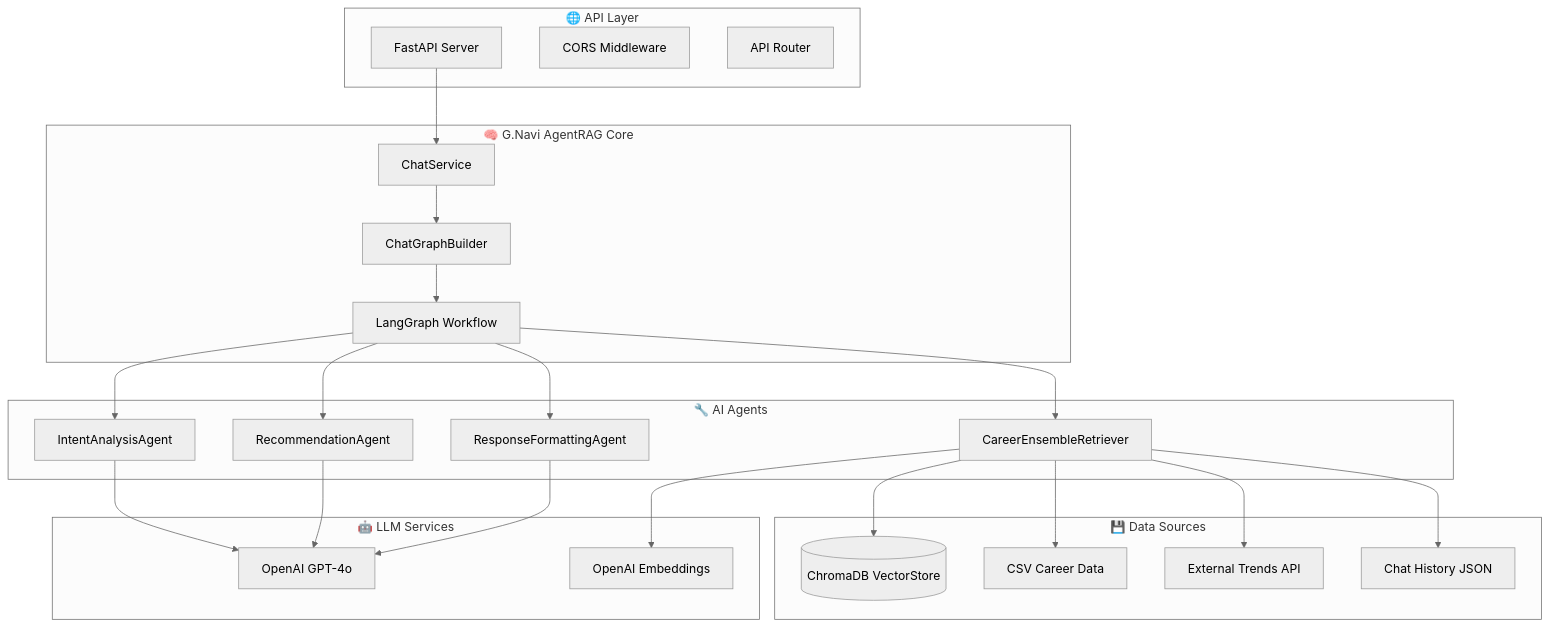
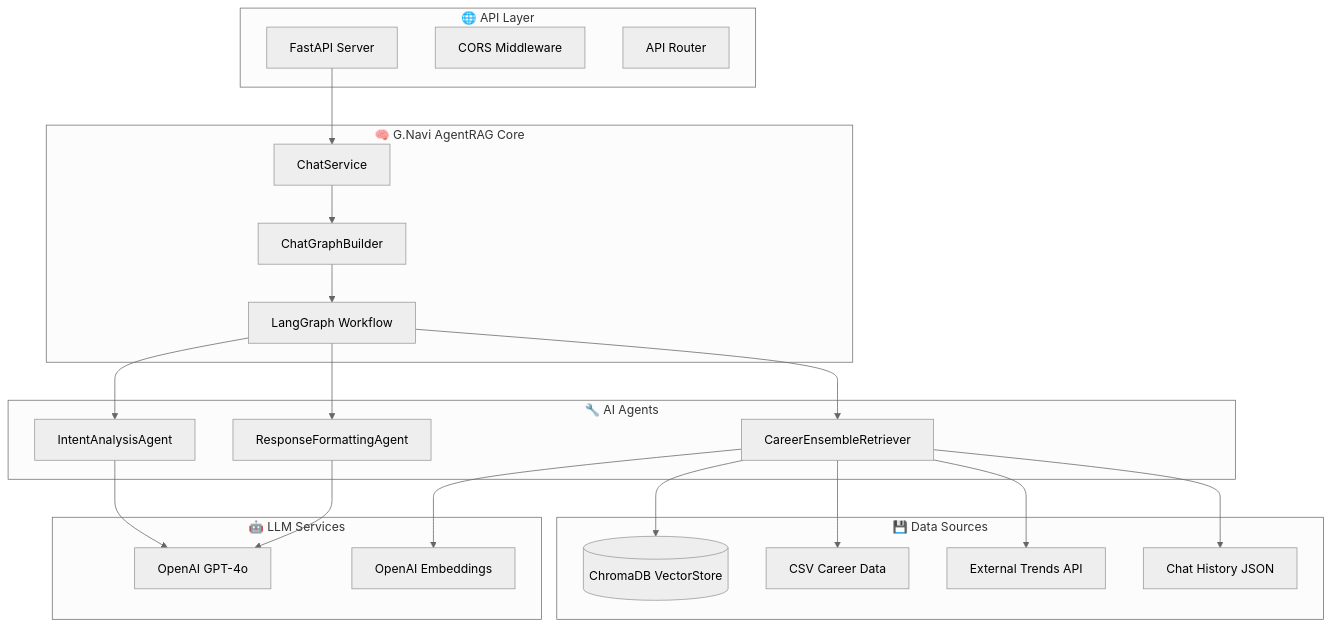
One commit to SK4toB/g-navi-ai-api changed the first of 3 diagrams in README.md. Above: the diagram before and after it, drawn with Mermaid (neutral theme). The commit also changed other lines of this file, not shown here.

````diff
--- a/README.md
+++ b/README.md
@@ -25,51 +25,48 @@
 ```mermaid
 graph TB
     subgraph "🌐 API Layer"
         A[FastAPI Server]
         B[CORS Middleware]
         C[API Router]
     end
     
     subgraph "🧠 G.Navi AgentRAG Core"
         D[ChatService]
         E[ChatGraphBuilder]
         F[LangGraph Workflow]
     end
     
     subgraph "🔧 AI Agents"
         G[CareerEnsembleRetriever]
         H[IntentAnalysisAgent]
-        I[RecommendationAgent]
-        J[ResponseFormattingAgent]
+        I[ResponseFormattingAgent]
     end
     
     subgraph "💾 Data Sources"
         K[(ChromaDB VectorStore)]
         L[CSV Career Data]
         M[External Trends API]
         N[Chat History JSON]
     end
     
     subgraph "🤖 LLM Services"
         O[OpenAI GPT-4o]
         P[OpenAI Embeddings]
     end
     
     A --> D
     D --> E
     E --> F
     F --> G
     F --> H
     F --> I
-    F --> J
     
     G --> K
     G --> L
     G --> M
     G --> N
     
     H --> O
     I --> O
-    J --> O
     G --> P
 ```
````
